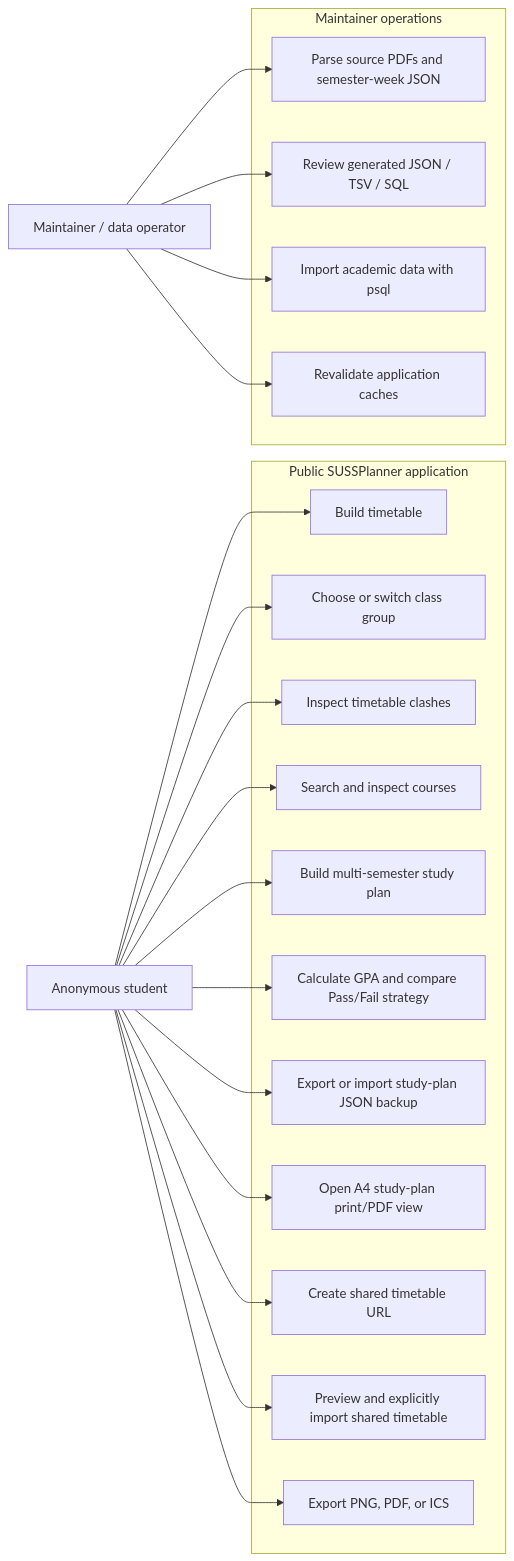
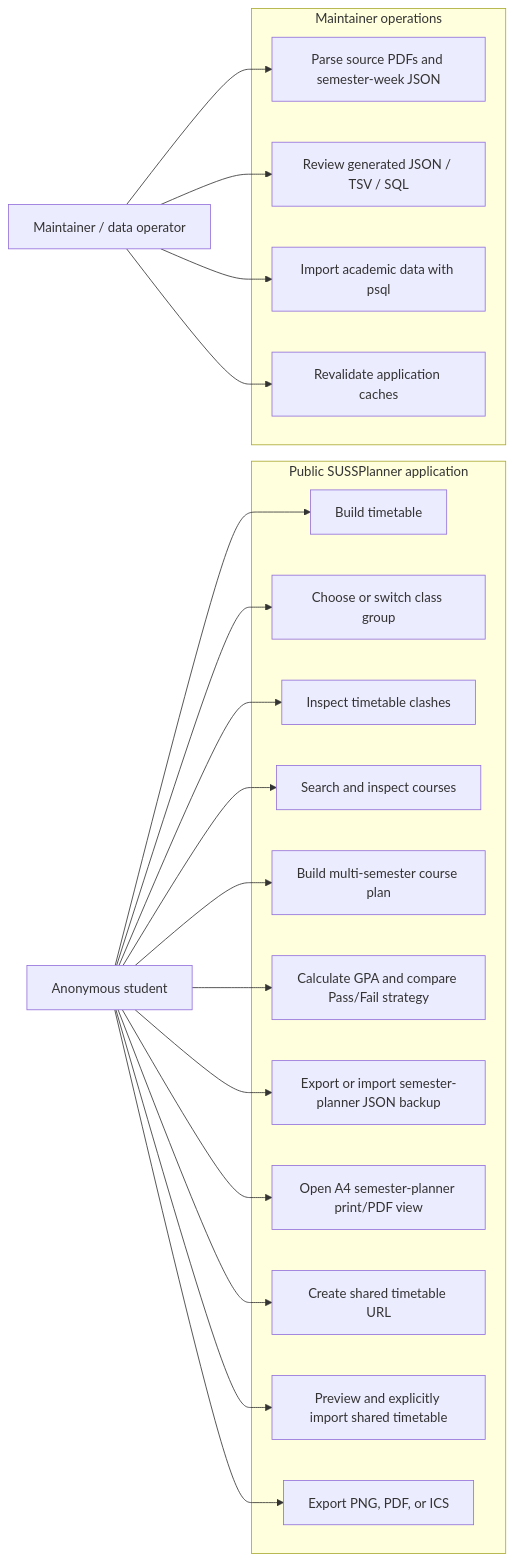
Before and after one commit to lester-td/SUSSplanner: the third of 14 diagrams in docs/DeveloperGuide.md, drawn with Mermaid. The commit also changed other lines of this file and 3 other files, not shown here.

````diff
--- a/docs/DeveloperGuide.md
+++ b/docs/DeveloperGuide.md
@@ -514,43 +514,43 @@
 ```mermaid
 flowchart LR
     Student["Anonymous student"]
     Maintainer["Maintainer / data operator"]
 
     subgraph PublicApp["Public SUSSPlanner application"]
         Build["Build timetable"]
         Resolve["Choose or switch class group"]
         Clash["Inspect timetable clashes"]
         Search["Search and inspect courses"]
-        Study["Build multi-semester study plan"]
+        Study["Build multi-semester course plan"]
         GPA["Calculate GPA and compare Pass/Fail strategy"]
-        Backup["Export or import study-plan JSON backup"]
-        Print["Open A4 study-plan print/PDF view"]
+        Backup["Export or import semester-planner JSON backup"]
+        Print["Open A4 semester-planner print/PDF view"]
         Share["Create shared timetable URL"]
         Preview["Preview and explicitly import shared timetable"]
         Export["Export PNG, PDF, or ICS"]
     end
 
     subgraph Operations["Maintainer operations"]
         Parse["Parse source PDFs and semester-week JSON"]
         Review["Review generated JSON / TSV / SQL"]
         Import["Import academic data with psql"]
         Invalidate["Revalidate application caches"]
     end
 
     Student --> Build
     Student --> Resolve
     Student --> Clash
     Student --> Search
     Student --> Study
     Student --> GPA
     Student --> Backup
     Student --> Print
     Student --> Share
     Student --> Preview
     Student --> Export
 
     Maintainer --> Parse
     Maintainer --> Review
     Maintainer --> Import
     Maintainer --> Invalidate
 ```
````
